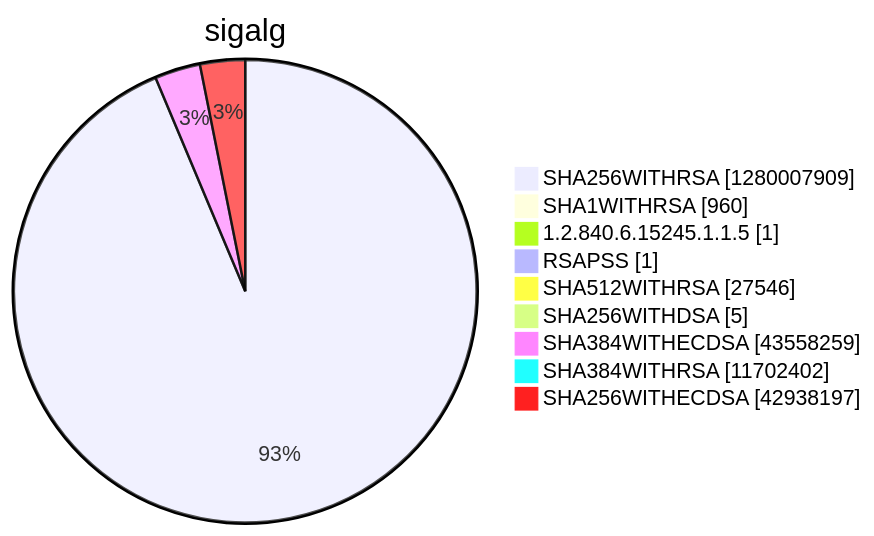
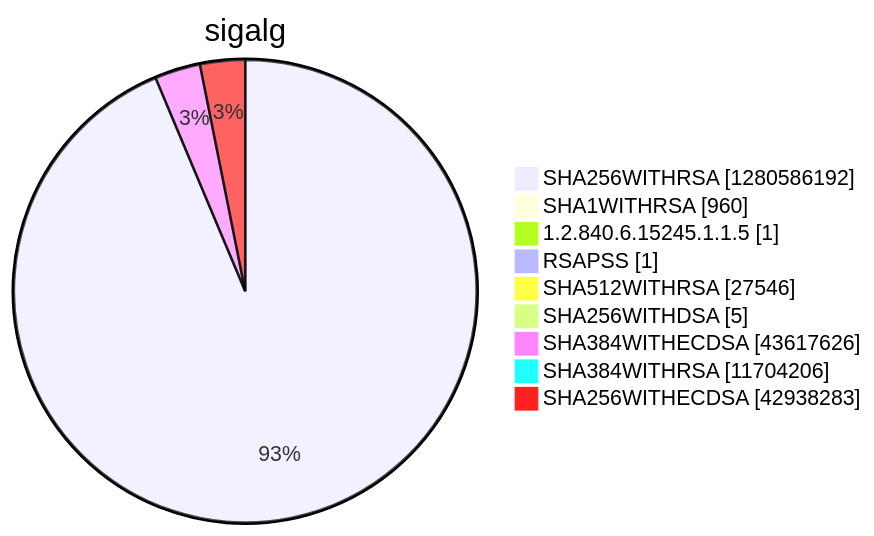
Before and after one commit to christiankrug/ctmonitor_visualization: diagram 15 of 15 in argon2022/README.md, drawn with Mermaid. The commit also changed other lines of this file, not shown here.

````diff
--- a/argon2022/README.md
+++ b/argon2022/README.md
@@ -5523,13 +5523,13 @@
 ```mermaid
 pie showData
 title sigalg
-"SHA256WITHRSA" :1280007909
+"SHA256WITHRSA" :1280586192
 "SHA1WITHRSA" :960
 "1.2.840.6.15245.1.1.5" :1
 "RSAPSS" :1
 "SHA512WITHRSA" :27546
 "SHA256WITHDSA" :5
-"SHA384WITHECDSA" :43558259
-"SHA384WITHRSA" :11702402
-"SHA256WITHECDSA" :42938197
+"SHA384WITHECDSA" :43617626
+"SHA384WITHRSA" :11704206
+"SHA256WITHECDSA" :42938283
 ```
````
